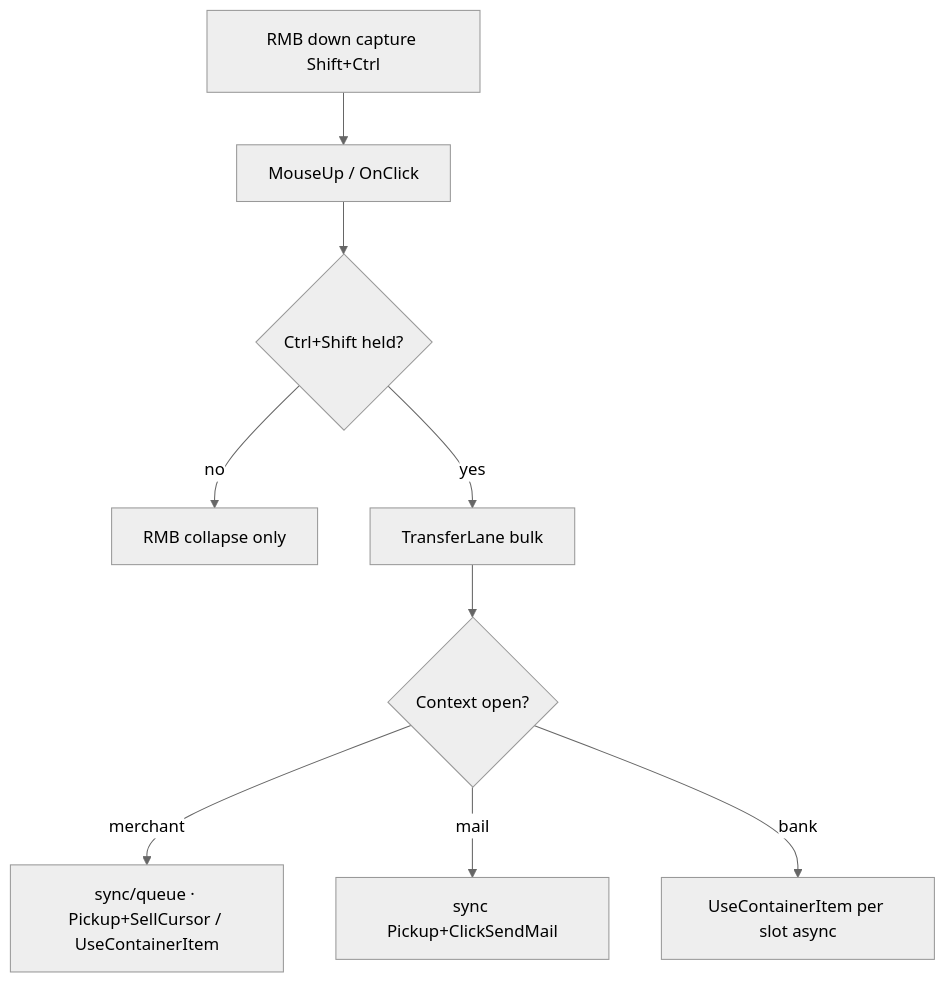
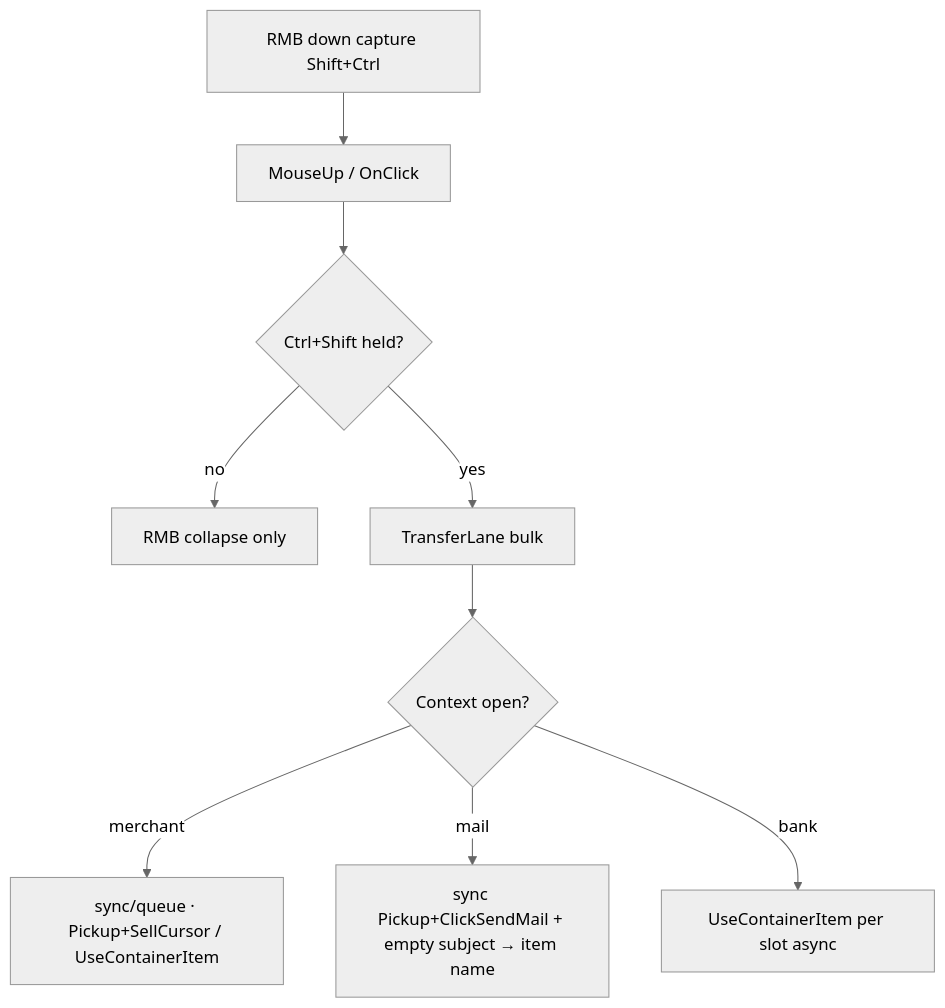
The fifth of 7 diagrams in addons/BetterBackpack/Docs/loops.md (sirTurbisCZ/wow-forever-addons), drawn with Mermaid (neutral theme) before and after one commit. The commit also changed other lines of this file and 5 other files, not shown here.

Commit message:
BetterBackpack 1.2.5: auto-fill mail subject from first attach

````diff
--- a/addons/BetterBackpack/Docs/loops.md
+++ b/addons/BetterBackpack/Docs/loops.md
@@ -93,11 +93,11 @@
 ```mermaid
 flowchart TD
   Down[RMB down capture Shift+Ctrl] --> Up[MouseUp / OnClick]
   Up --> Mod{Ctrl+Shift held?}
   Mod -->|no| Collapse[RMB collapse only]
   Mod -->|yes| RMB[TransferLane bulk]
   RMB --> Ctx{Context open?}
   Ctx -->|merchant| Sell[sync/queue · Pickup+SellCursor / UseContainerItem]
-  Ctx -->|mail| Mail[sync Pickup+ClickSendMail]
+  Ctx -->|mail| Mail[sync Pickup+ClickSendMail + empty subject → item name]
   Ctx -->|bank| Bank[UseContainerItem per slot async]
 ```
````
